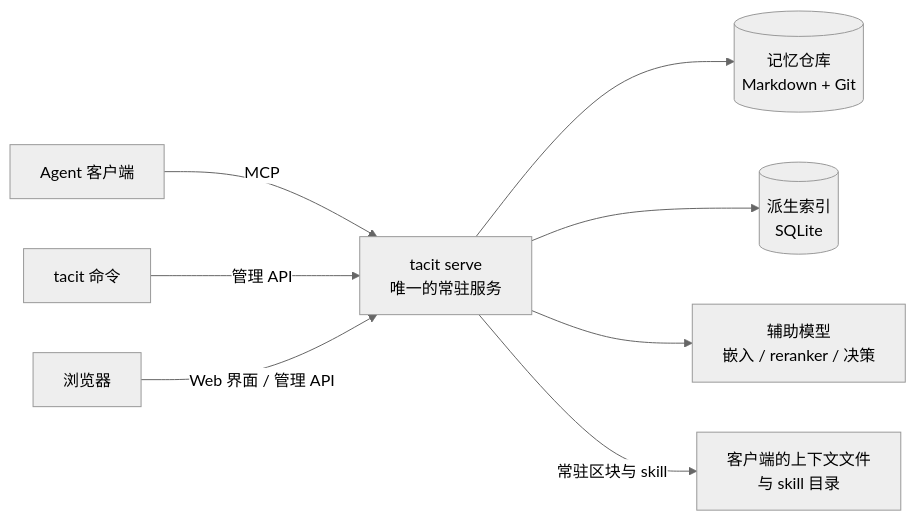
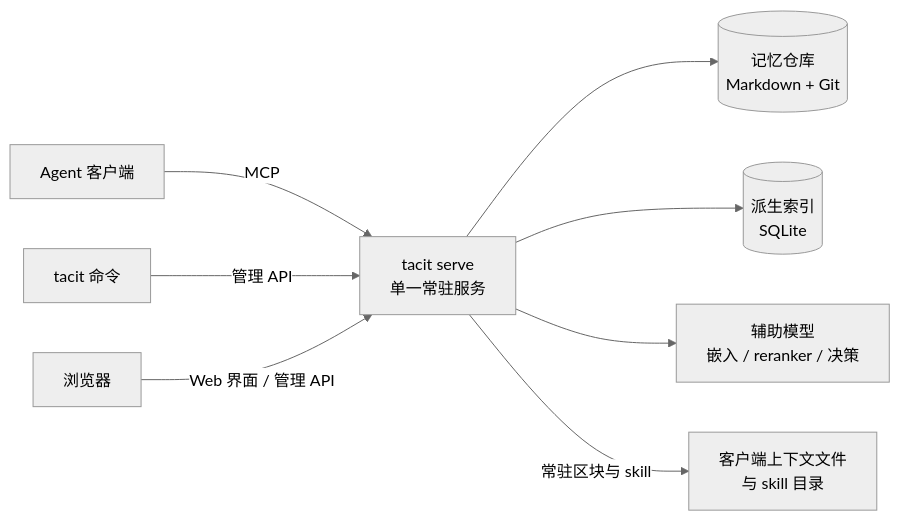
One commit to kearril/tacit-memory changed the second of 2 diagrams in docs/overview.md. Above: the diagram before and after it, drawn with Mermaid (neutral theme). The commit also changed other lines of this file and 13 other files, not shown here.

````diff
--- a/docs/overview.md
+++ b/docs/overview.md
@@ -58,10 +58,10 @@
 ```mermaid
 flowchart LR
     Client[Agent 客户端] -->|MCP| Service
     CLI[tacit 命令] -->|管理 API| Service
     Browser[浏览器] -->|Web 界面 / 管理 API| Service
-    Service[tacit serve<br>唯一的常驻服务] --> Repo[(记忆仓库<br>Markdown + Git)]
+    Service[tacit serve<br>单一常驻服务] --> Repo[(记忆仓库<br>Markdown + Git)]
     Service --> Index[(派生索引<br>SQLite)]
     Service --> Models[辅助模型<br>嵌入 / reranker / 决策]
-    Service -->|常驻区块与 skill| Files[客户端的上下文文件<br>与 skill 目录]
+    Service -->|常驻区块与 skill| Files[客户端上下文文件<br>与 skill 目录]
 ```
````
